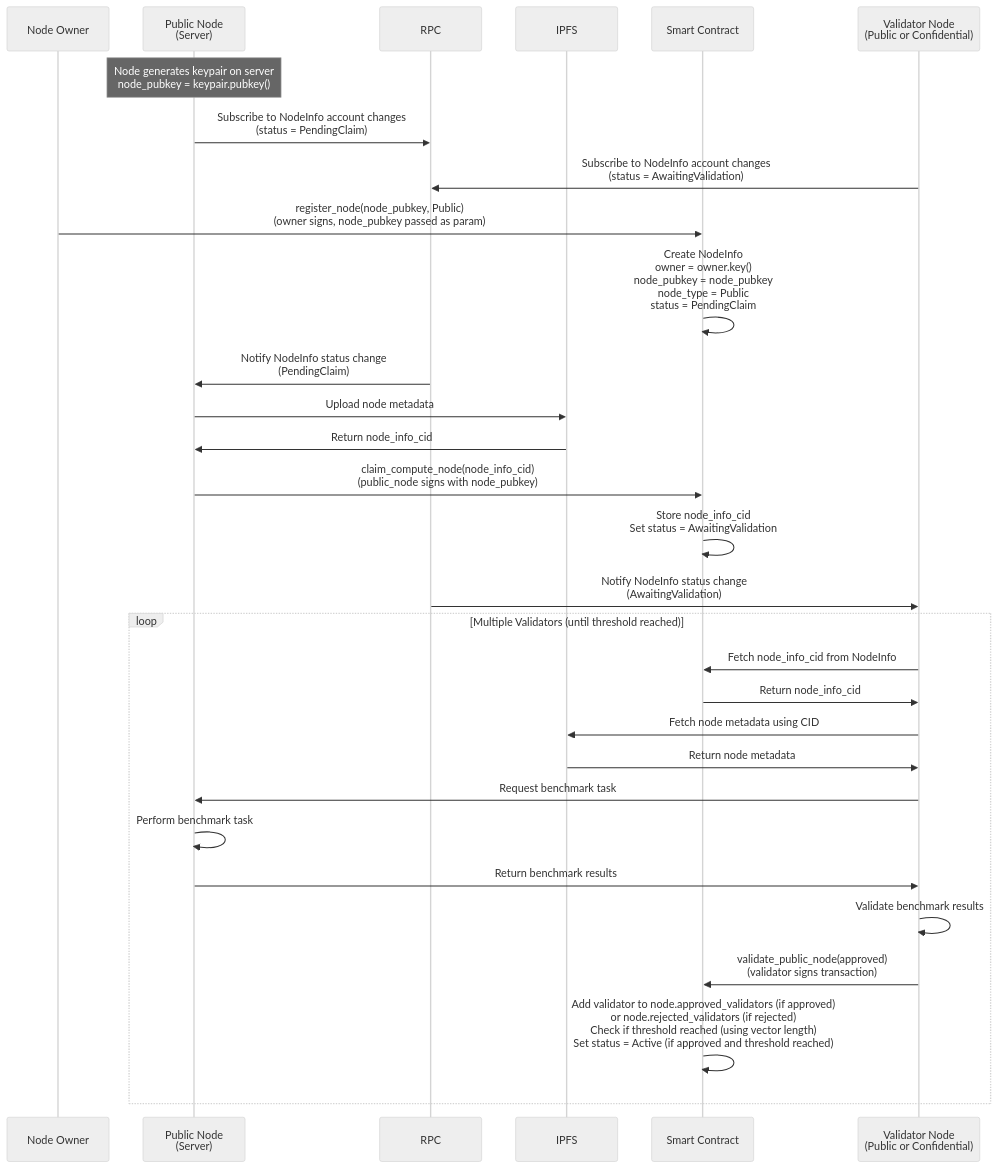
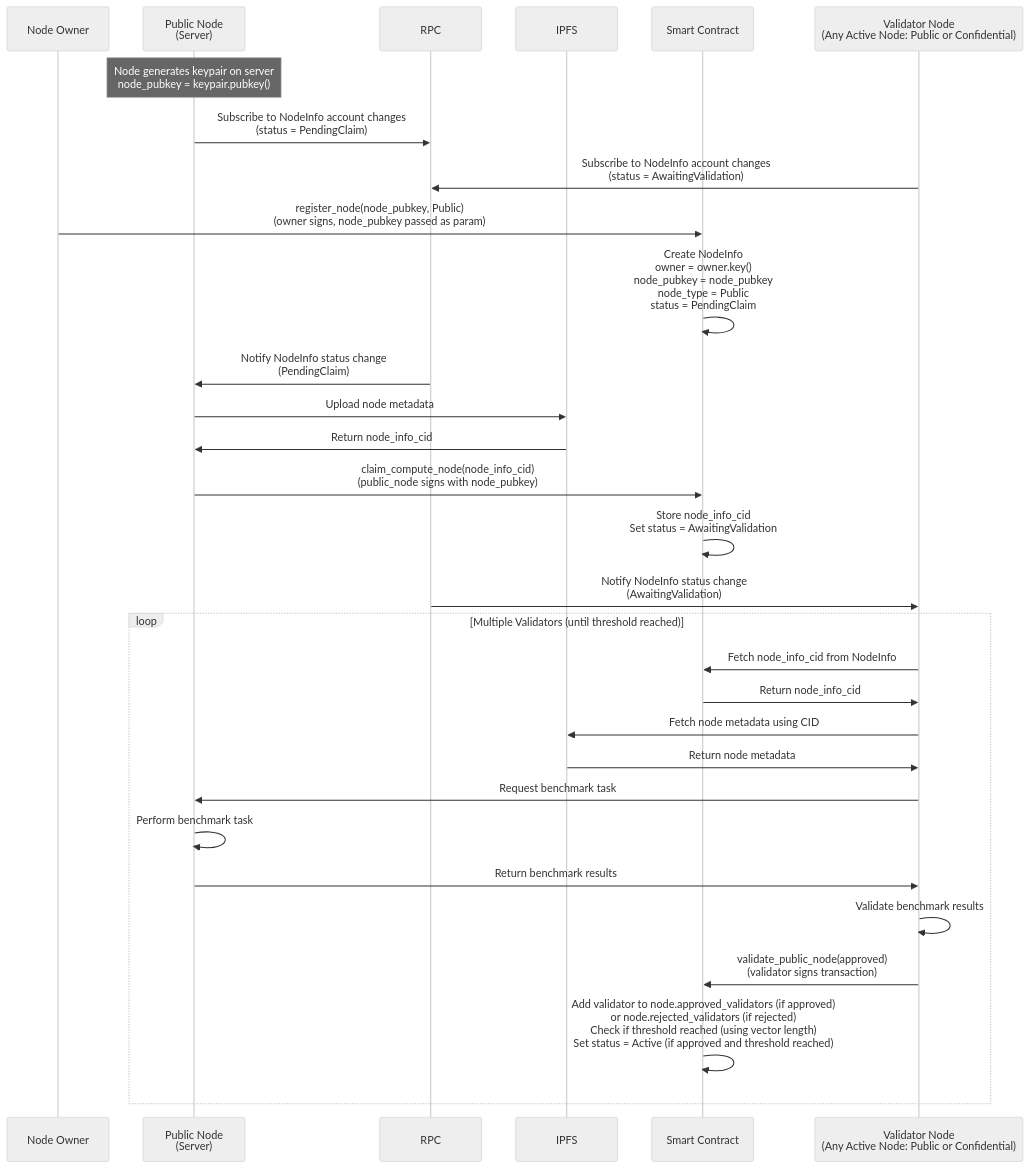
Before and after one commit to JorgeCosta87/decentralized-autonomous-computing: the third of 13 diagrams in docs/design.md, drawn with Mermaid (neutral theme). The commit also changed other lines of this file and 7 other files, not shown here.

````diff
--- a/docs/design.md
+++ b/docs/design.md
@@ -242,41 +242,41 @@
 ```mermaid
 sequenceDiagram
     participant Owner as Node Owner
     participant PN as Public Node<br/>(Server)
     participant RPC as RPC
     participant IPFS as IPFS
     participant DAC as Smart Contract
-    participant VN as Validator Node<br/>(Public or Confidential)
+    participant VN as Validator Node<br/>(Any Active Node: Public or Confidential)
     
     Note over PN: Node generates keypair on server<br/>node_pubkey = keypair.pubkey()
     PN->>RPC: Subscribe to NodeInfo account changes<br/>(status = PendingClaim)
     VN->>RPC: Subscribe to NodeInfo account changes<br/>(status = AwaitingValidation)
     
     Owner->>DAC: register_node(node_pubkey, Public)<br/>(owner signs, node_pubkey passed as param)
     DAC->>DAC: Create NodeInfo<br/>owner = owner.key()<br/>node_pubkey = node_pubkey<br/>node_type = Public<br/>status = PendingClaim
     
     RPC->>PN: Notify NodeInfo status change<br/>(PendingClaim)
     
     PN->>IPFS: Upload node metadata
     IPFS->>PN: Return node_info_cid
     PN->>DAC: claim_compute_node(node_info_cid)<br/>(public_node signs with node_pubkey)
     DAC->>DAC: Store node_info_cid<br/>Set status = AwaitingValidation
     
     RPC->>VN: Notify NodeInfo status change<br/>(AwaitingValidation)
     
     loop Multiple Validators (until threshold reached)
         VN->>DAC: Fetch node_info_cid from NodeInfo
         DAC->>VN: Return node_info_cid
         
         VN->>IPFS: Fetch node metadata using CID
         IPFS->>VN: Return node metadata
         
         VN->>PN: Request benchmark task
         PN->>PN: Perform benchmark task
         PN->>VN: Return benchmark results
         
         VN->>VN: Validate benchmark results
         VN->>DAC: validate_public_node(approved)<br/>(validator signs transaction)
         DAC->>DAC: Add validator to node.approved_validators (if approved)<br/>or node.rejected_validators (if rejected)<br/>Check if threshold reached (using vector length)<br/>Set status = Active (if approved and threshold reached)
     end
 ```
````
